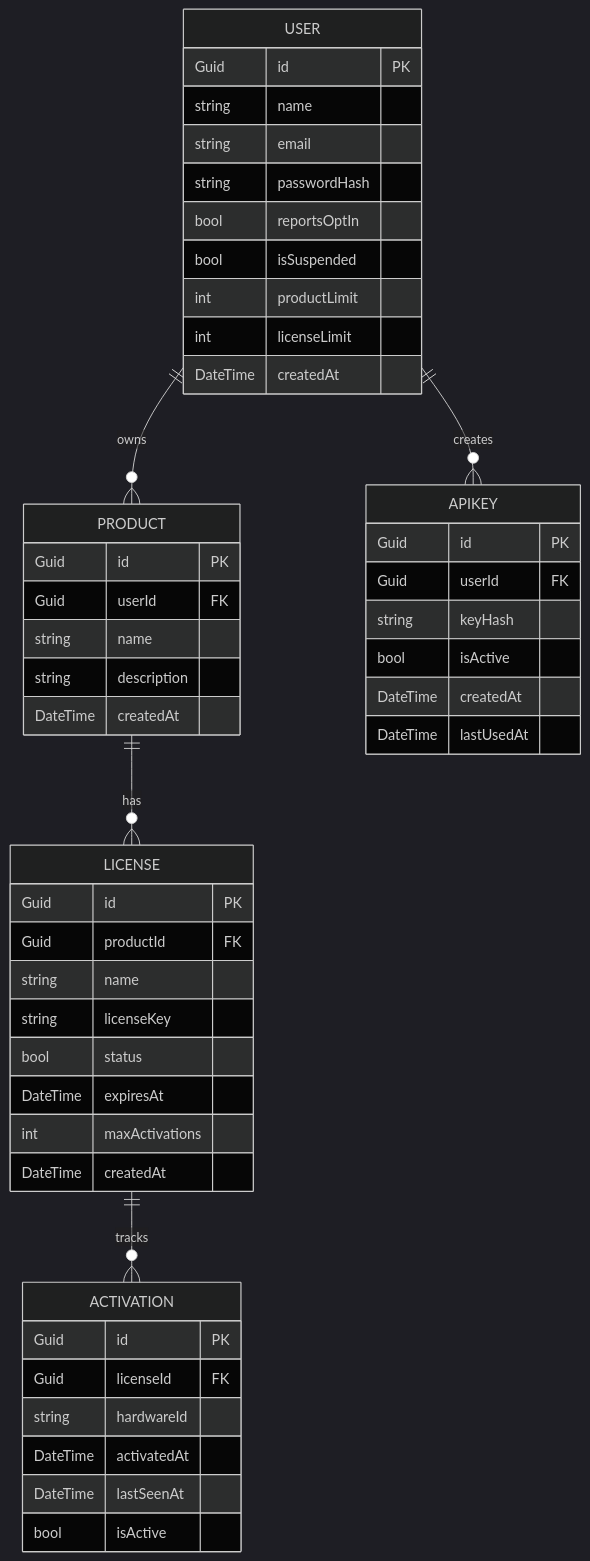
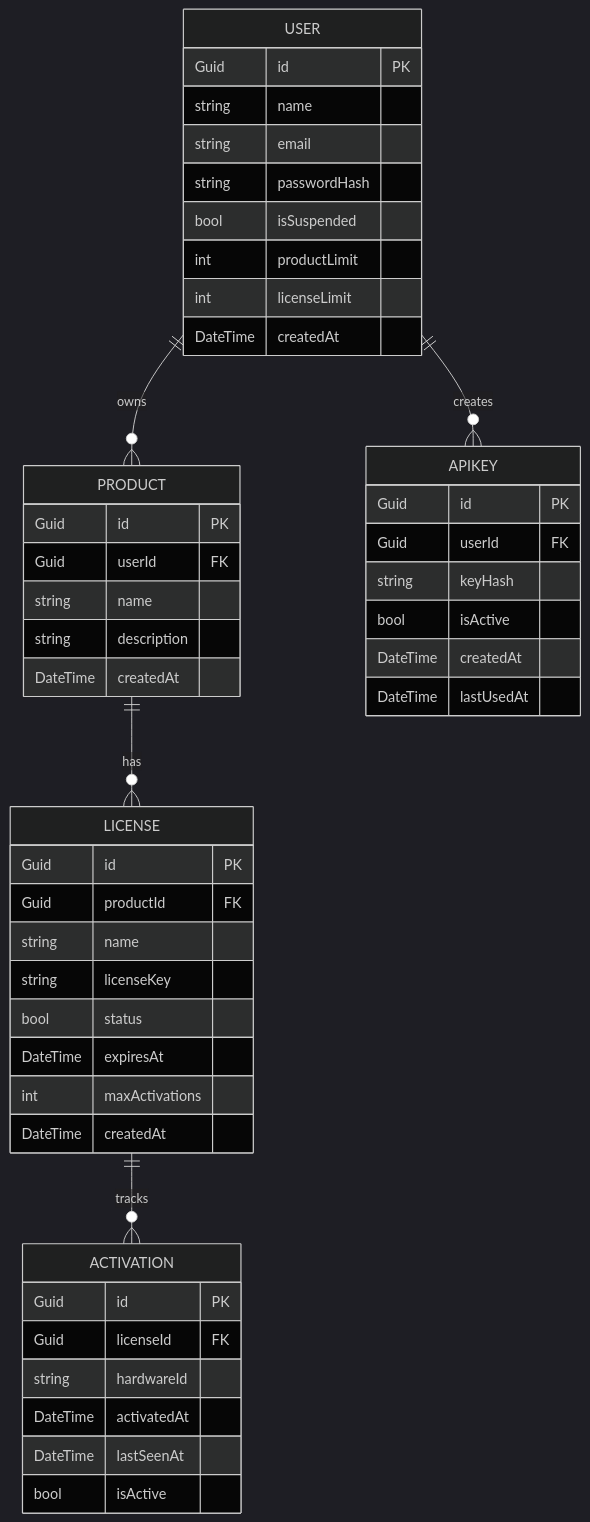
Before and after one commit to Merctxt/OpenLicense: the diagram in docs/01-architecture/database-design.md, drawn with Mermaid (dark theme). The commit also changed other lines of this file and 4 other files, not shown here.

````diff
--- a/docs/01-architecture/database-design.md
+++ b/docs/01-architecture/database-design.md
@@ -11,56 +13,55 @@
 ```mermaid
 erDiagram
     USER ||--o{ PRODUCT : "owns"
     USER ||--o{ APIKEY : "creates"
     PRODUCT ||--o{ LICENSE : "has"
     LICENSE ||--o{ ACTIVATION : "tracks"
 
     USER {
         Guid id PK
         string name
         string email
         string passwordHash
-        bool reportsOptIn
         bool isSuspended
         int productLimit
         int licenseLimit
         DateTime createdAt
     }
 
     PRODUCT {
         Guid id PK
         Guid userId FK
         string name
         string description
         DateTime createdAt
     }
 
     LICENSE {
         Guid id PK
         Guid productId FK
         string name
         string licenseKey
         bool status
         DateTime expiresAt
         int maxActivations
         DateTime createdAt
     }
 
     APIKEY {
         Guid id PK
         Guid userId FK
         string keyHash
         bool isActive
         DateTime createdAt
         DateTime lastUsedAt
     }
 
     ACTIVATION {
         Guid id PK
         Guid licenseId FK
         string hardwareId
         DateTime activatedAt
         DateTime lastSeenAt
         bool isActive
     }
 ```
````
